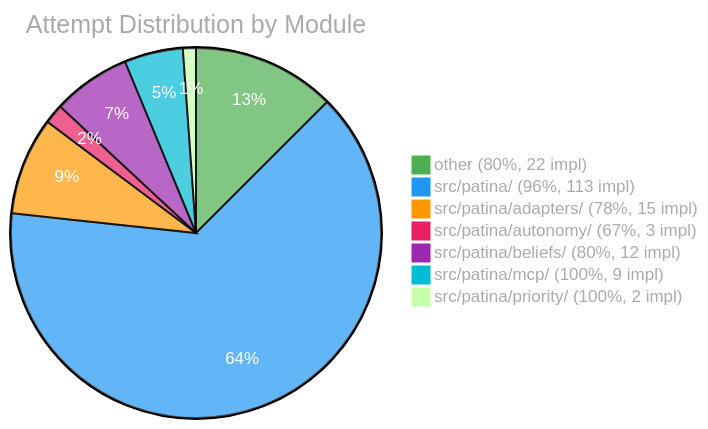
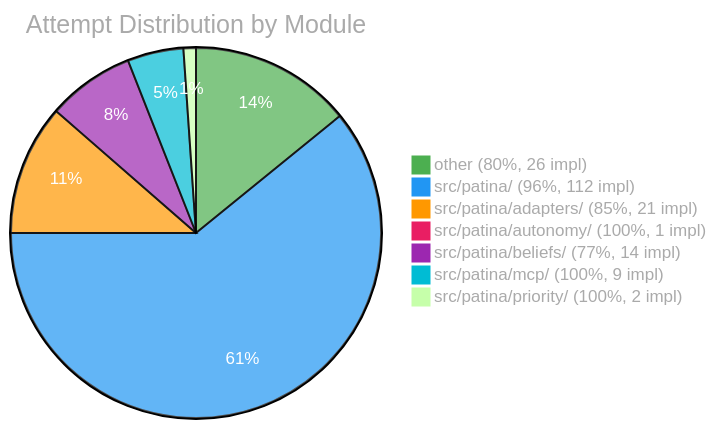
The third of 3 diagrams in EVAL.md (Sanctum-Origo-Systems/patina), drawn with Mermaid before and after one commit. The commit also changed other lines of this file and 1 other file, not shown here.

````diff
--- a/EVAL.md
+++ b/EVAL.md
@@ -37,11 +37,11 @@
 ```mermaid
 %%{init: {'theme': 'base', 'themeVariables': {'pie1': '#4CAF50', 'pie2': '#2196F3', 'pie3': '#FF9800', 'pie4': '#E91E63', 'pie5': '#9C27B0', 'pie6': '#00BCD4', 'pieTitleTextColor': '#aaa', 'pieLegendTextColor': '#aaa', 'pieSectionTextColor': '#fff'}}}%%
 pie title Attempt Distribution by Module
-    "other (80%, 22 impl)" : 22
-    "src/patina/ (96%, 113 impl)" : 113
-    "src/patina/adapters/ (78%, 15 impl)" : 15
-    "src/patina/autonomy/ (67%, 3 impl)" : 3
-    "src/patina/beliefs/ (80%, 12 impl)" : 12
+    "other (80%, 26 impl)" : 26
+    "src/patina/ (96%, 112 impl)" : 112
+    "src/patina/adapters/ (85%, 21 impl)" : 21
+    "src/patina/autonomy/ (100%, 1 impl)" : 1
+    "src/patina/beliefs/ (77%, 14 impl)" : 14
     "src/patina/mcp/ (100%, 9 impl)" : 9
     "src/patina/priority/ (100%, 2 impl)" : 2
 ```
````
